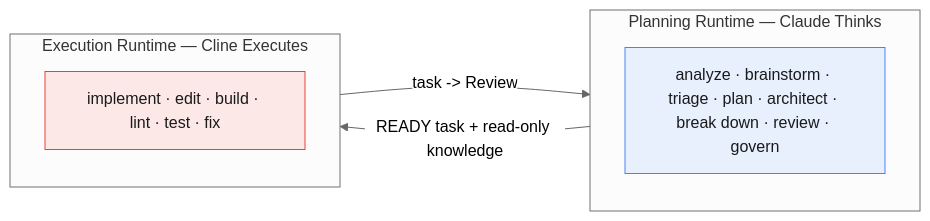
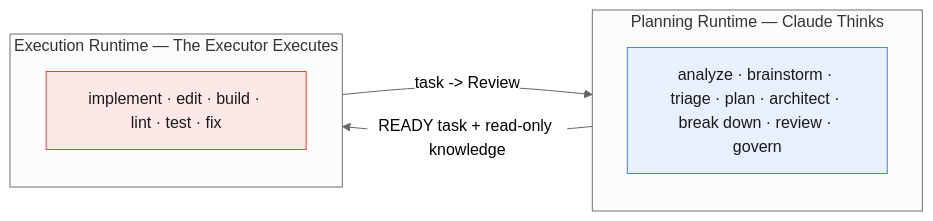
One commit to Vtquan123/strix changed the second of 2 diagrams in reference/docs/architecture.md. Above: the diagram before and after it, drawn with Mermaid (neutral theme). The commit also changed other lines of this file and 95 other files, not shown here.

````diff
--- a/reference/docs/architecture.md
+++ b/reference/docs/architecture.md
@@ -36,14 +36,14 @@
 ```mermaid
 flowchart LR
     subgraph Plan["Planning Runtime — Claude Thinks"]
       P[analyze · brainstorm · triage · plan · architect · break down · review · govern]
     end
-    subgraph Exec["Execution Runtime — Cline Executes"]
+    subgraph Exec["Execution Runtime — The Executor Executes"]
       E[implement · edit · build · lint · test · fix]
     end
     Plan -- "READY task + read-only knowledge" --> Exec
     Exec -- "task -> Review" --> Plan
     classDef think fill:#e8f0fe,stroke:#4285f4,color:#1a1a1a;
     classDef exec fill:#fde8e8,stroke:#ea4335,color:#1a1a1a;
     class P think; class E exec;
 ```
````
